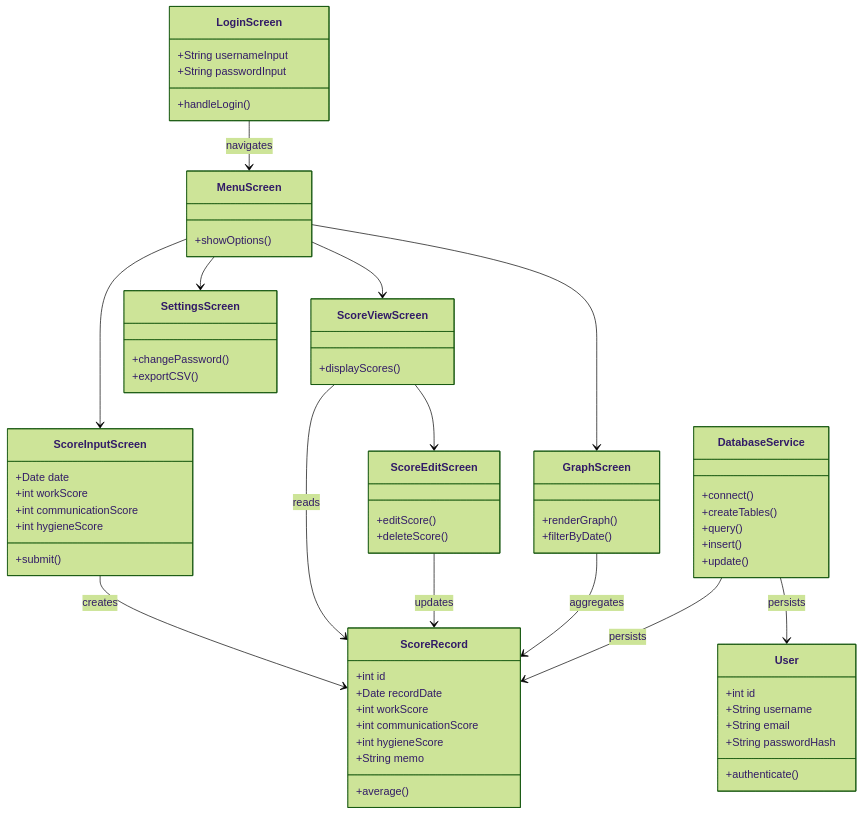
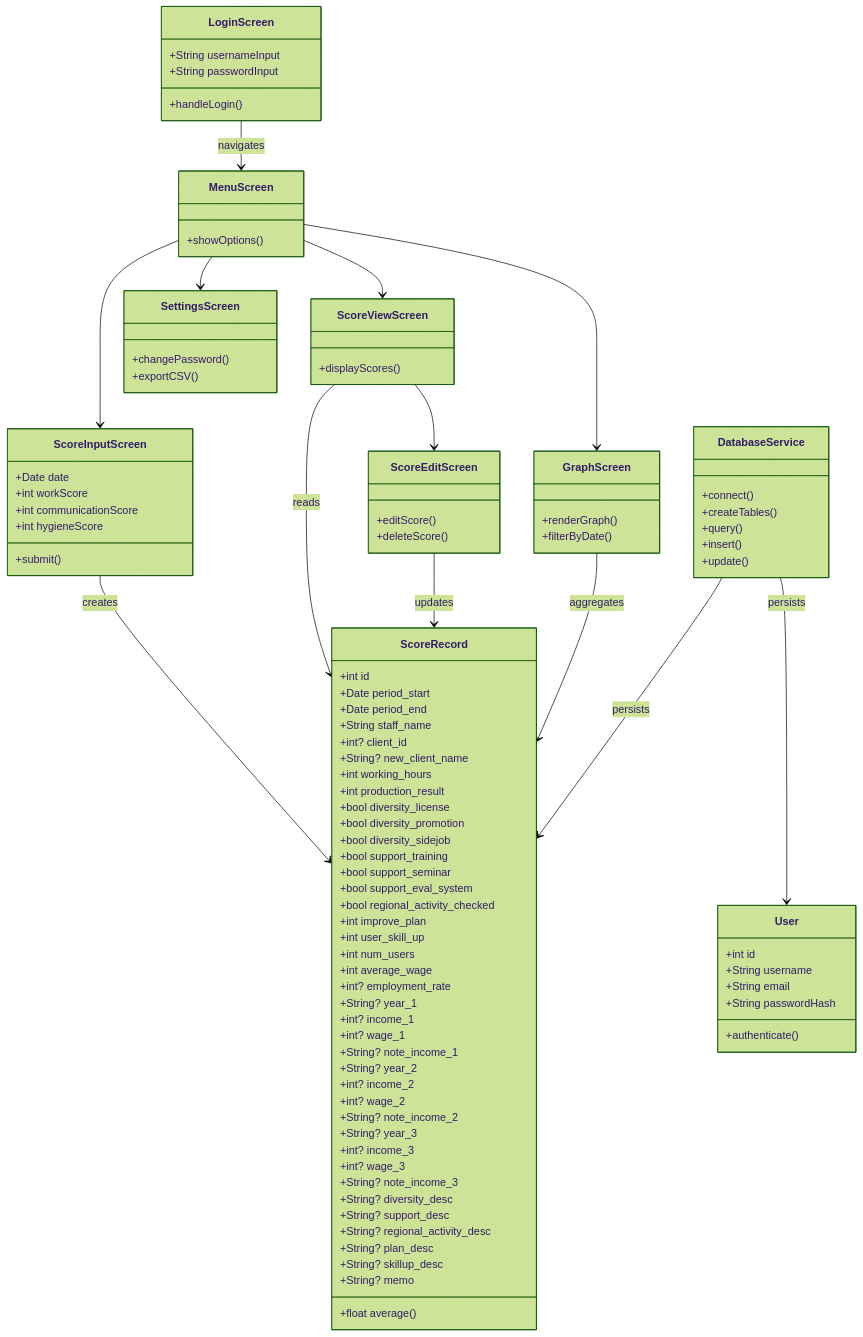
Before and after one commit to knightbook/Employment-Support-Score-Management-System: the diagram in docs/spec/class_diagram.md, drawn with Mermaid (forest theme).

Commit message:
ER図修正に伴いクラス図の修正

```diff
--- a/docs/spec/class_diagram.md
+++ b/docs/spec/class_diagram.md
@@ -40,14 +40,47 @@
         +String passwordHash
         +authenticate()
     }
+
     class ScoreRecord {
         +int id
-        +Date recordDate
-        +int workScore
-        +int communicationScore
-        +int hygieneScore
-        +String memo
-        +average()
+        +Date period_start
+        +Date period_end
+        +String staff_name
+        +int? client_id
+        +String? new_client_name
+        +int working_hours
+        +int production_result
+        +bool diversity_license
+        +bool diversity_promotion
+        +bool diversity_sidejob
+        +bool support_training
+        +bool support_seminar
+        +bool support_eval_system
+        +bool regional_activity_checked
+        +int improve_plan
+        +int user_skill_up
+        +int num_users
+        +int average_wage
+        +int? employment_rate
+        +String? year_1
+        +int? income_1
+        +int? wage_1
+        +String? note_income_1
+        +String? year_2
+        +int? income_2
+        +int? wage_2
+        +String? note_income_2
+        +String? year_3
+        +int? income_3
+        +int? wage_3
+        +String? note_income_3
+        +String? diversity_desc
+        +String? support_desc
+        +String? regional_activity_desc
+        +String? plan_desc
+        +String? skillup_desc
+        +String? memo
+        +float average()
     }
 
     class DatabaseService {
```
